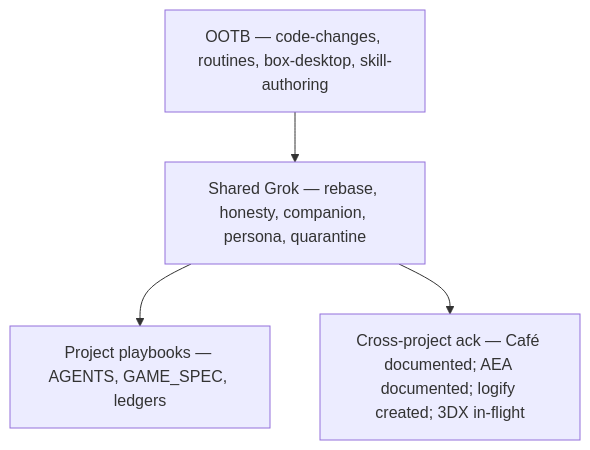
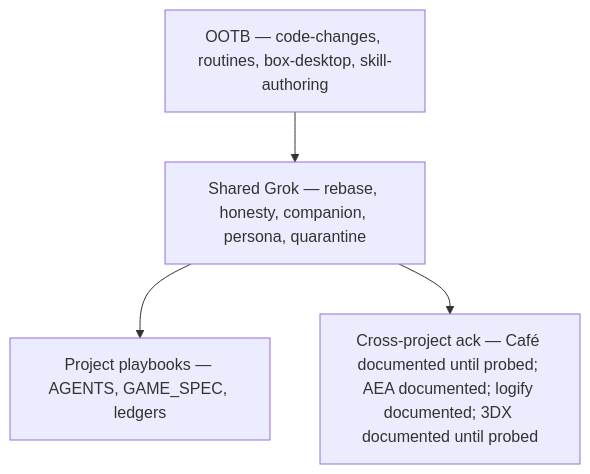
The second of 2 diagrams in docs/SKILL_MATRIX.md (artofdream/zorg-dungeon), drawn with Mermaid before and after one commit. The commit also changed other lines of this file and 3 other files, not shown here.

First line of the commit message:
docs: mark logify Documented; AEA/3DX sponsor cites

````diff
--- a/docs/SKILL_MATRIX.md
+++ b/docs/SKILL_MATRIX.md
@@ -53,10 +54,10 @@
 ```mermaid
 flowchart TB
   ootb["OOTB — code-changes, routines, box-desktop, skill-authoring"]
   shared["Shared Grok — rebase, honesty, companion, persona, quarantine"]
   playbooks["Project playbooks — AGENTS, GAME_SPEC, ledgers"]
-  fit["Cross-project ack — Café documented; AEA documented; logify created; 3DX in-flight"]
+  fit["Cross-project ack — Café documented until probed; AEA documented; logify documented; 3DX documented until probed"]
   ootb --> shared
   shared --> playbooks
   shared --> fit
 ```
````
